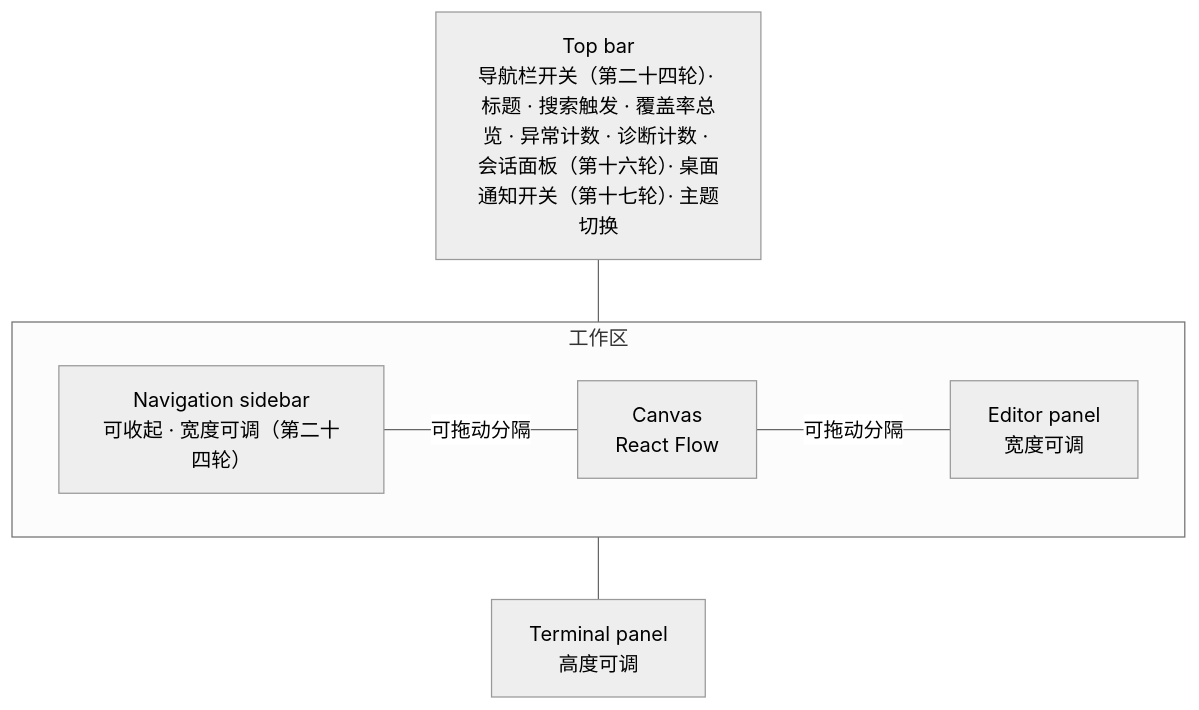
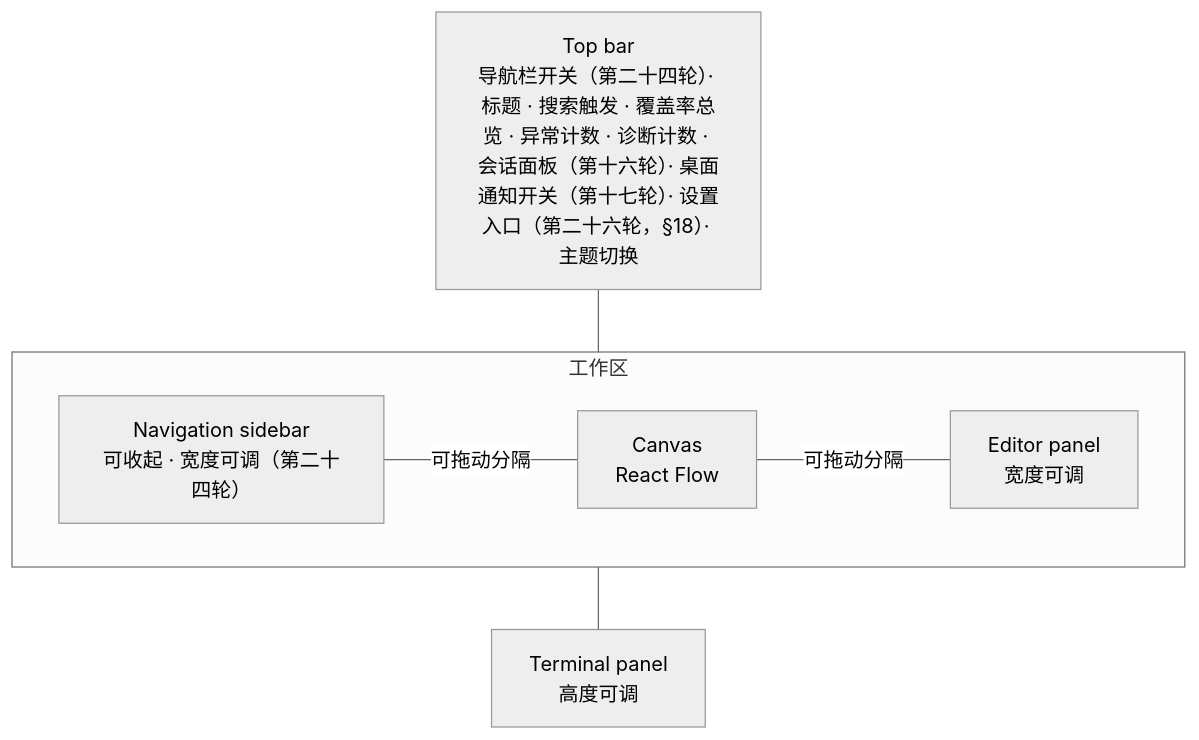
The first of 2 diagrams in docs/design/design-00002-whiteboard-ui.md (ryan-alexander-zhang/ai-native-project-template), drawn with Mermaid (neutral theme) before and after one commit. The commit also changed other lines of this file and 4 other files, not shown here.

````diff
--- a/docs/design/design-00002-whiteboard-ui.md
+++ b/docs/design/design-00002-whiteboard-ui.md
@@ -60,11 +60,11 @@
 ```mermaid
 flowchart TB
-  TB[Top bar<br/>导航栏开关（第二十四轮）· 标题 · 搜索触发 · 覆盖率总览 · 异常计数 · 诊断计数 · 会话面板（第十六轮）· 桌面通知开关（第十七轮）· 主题切换]
+  TB[Top bar<br/>导航栏开关（第二十四轮）· 标题 · 搜索触发 · 覆盖率总览 · 异常计数 · 诊断计数 · 会话面板（第十六轮）· 桌面通知开关（第十七轮）· 设置入口（第二十六轮，§18）· 主题切换]
   subgraph Work[工作区]
     direction LR
     NV[Navigation sidebar<br/>可收起 · 宽度可调（第二十四轮）] ---|可拖动分隔| CV[Canvas<br/>React Flow]
     CV ---|可拖动分隔| EP[Editor panel<br/>宽度可调]
   end
   TB --- Work
   Work --- TP[Terminal panel<br/>高度可调]
 ```
````
